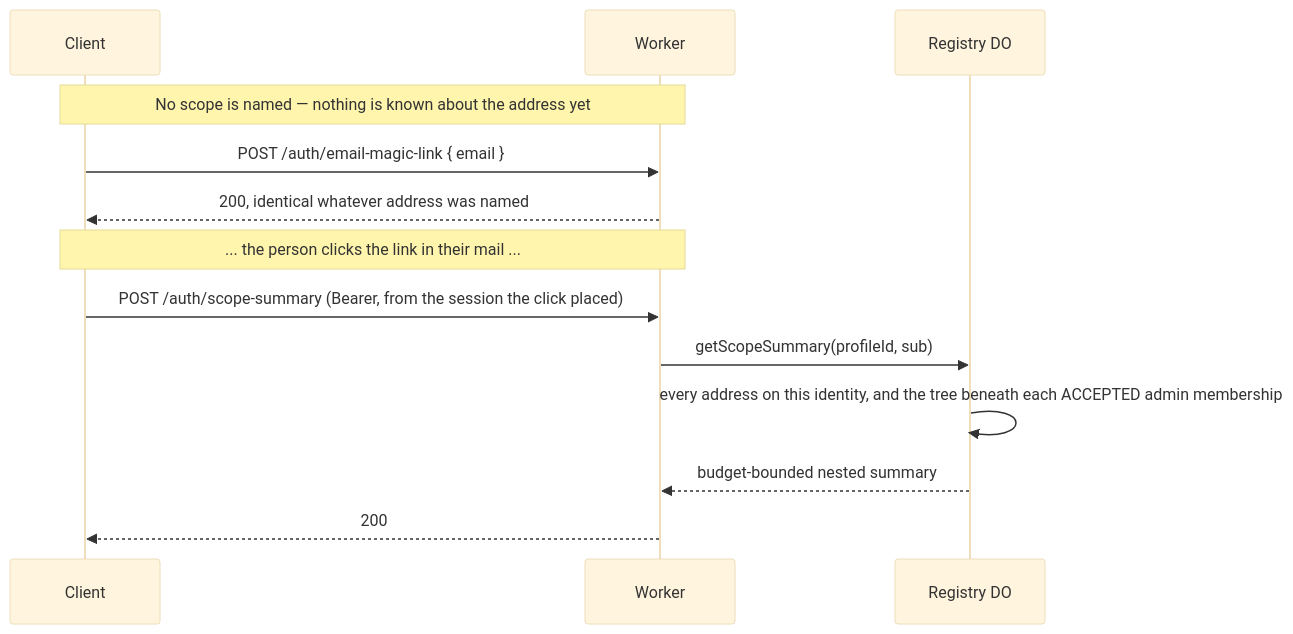
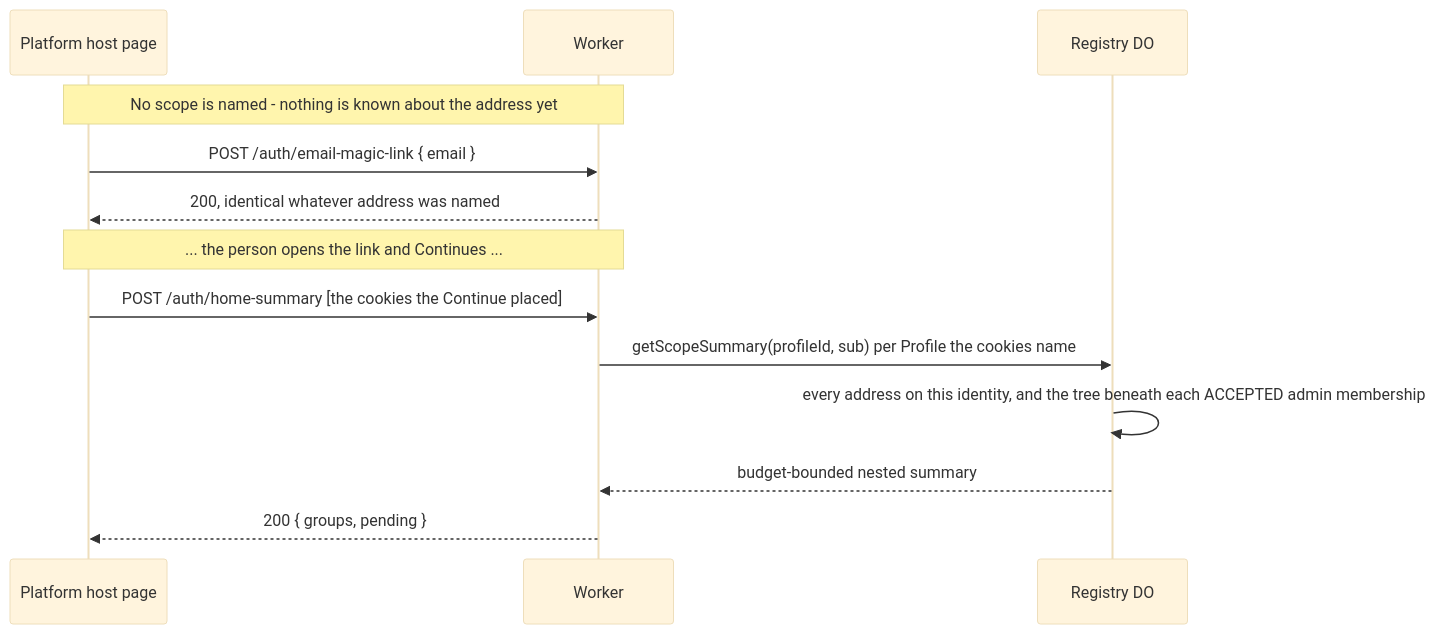
The sixth of 8 diagrams in packages/nebula-auth/README.md (lumenize/lumenize), drawn with Mermaid (base theme) before and after one commit. The commit also changed other lines of this file and 324 other files, not shown here.

First line of the commit message:
feat(nebula): every scope on its own host, sessions on the platform host

````diff
--- a/packages/nebula-auth/README.md
+++ b/packages/nebula-auth/README.md
@@ -330,18 +333,18 @@
 ```mermaid
 sequenceDiagram
-    participant C as Client
+    participant C as Platform host page
     participant W as Worker
     participant R as Registry DO
 
-    Note over C,W: No scope is named — nothing is known about the address yet
+    Note over C,W: No scope is named - nothing is known about the address yet
     C->>W: POST /auth/email-magic-link { email }
     W-->>C: 200, identical whatever address was named
 
-    Note over C,W: ... the person clicks the link in their mail ...
+    Note over C,W: ... the person opens the link and Continues ...
 
-    C->>W: POST /auth/scope-summary (Bearer, from the session the click placed)
-    W->>R: getScopeSummary(profileId, sub)
+    C->>W: POST /auth/home-summary [the cookies the Continue placed]
+    W->>R: getScopeSummary(profileId, sub) per Profile the cookies name
     R->>R: every address on this identity, and the tree beneath each ACCEPTED admin membership
     R-->>W: budget-bounded nested summary
-    W-->>C: 200
+    W-->>C: 200 { groups, pending }
 ```
````
